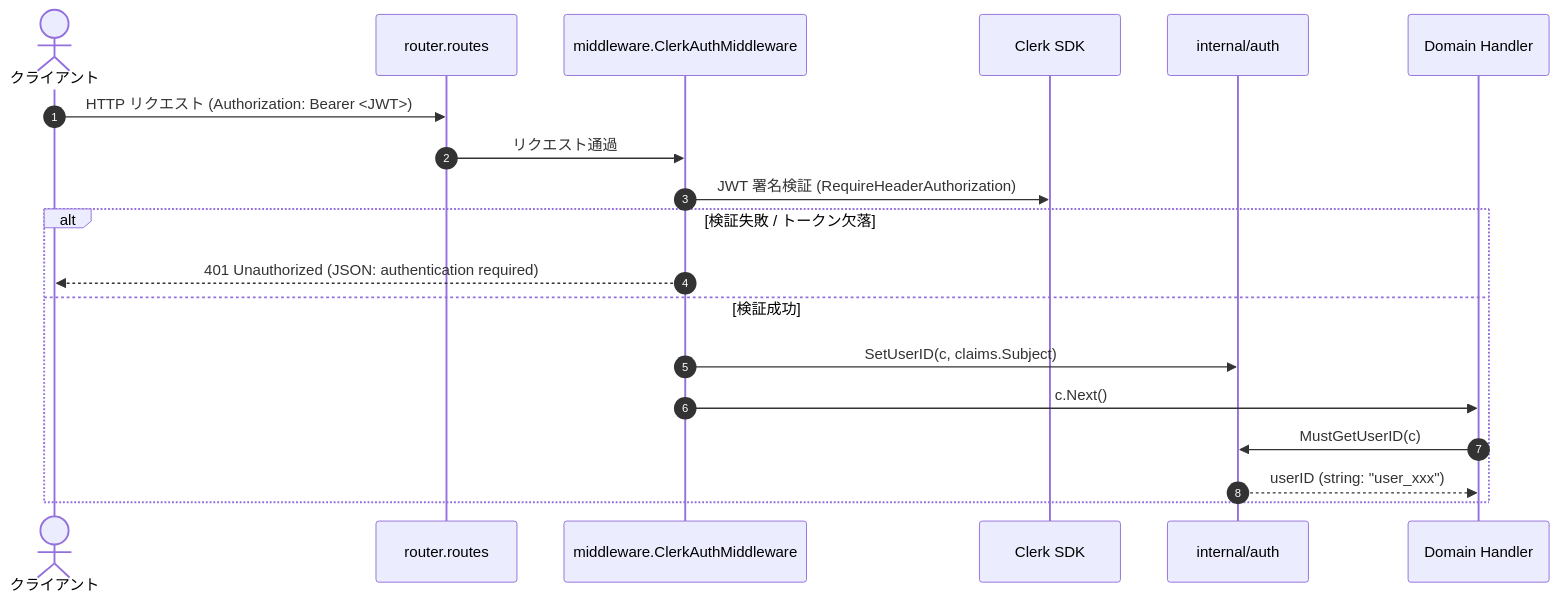
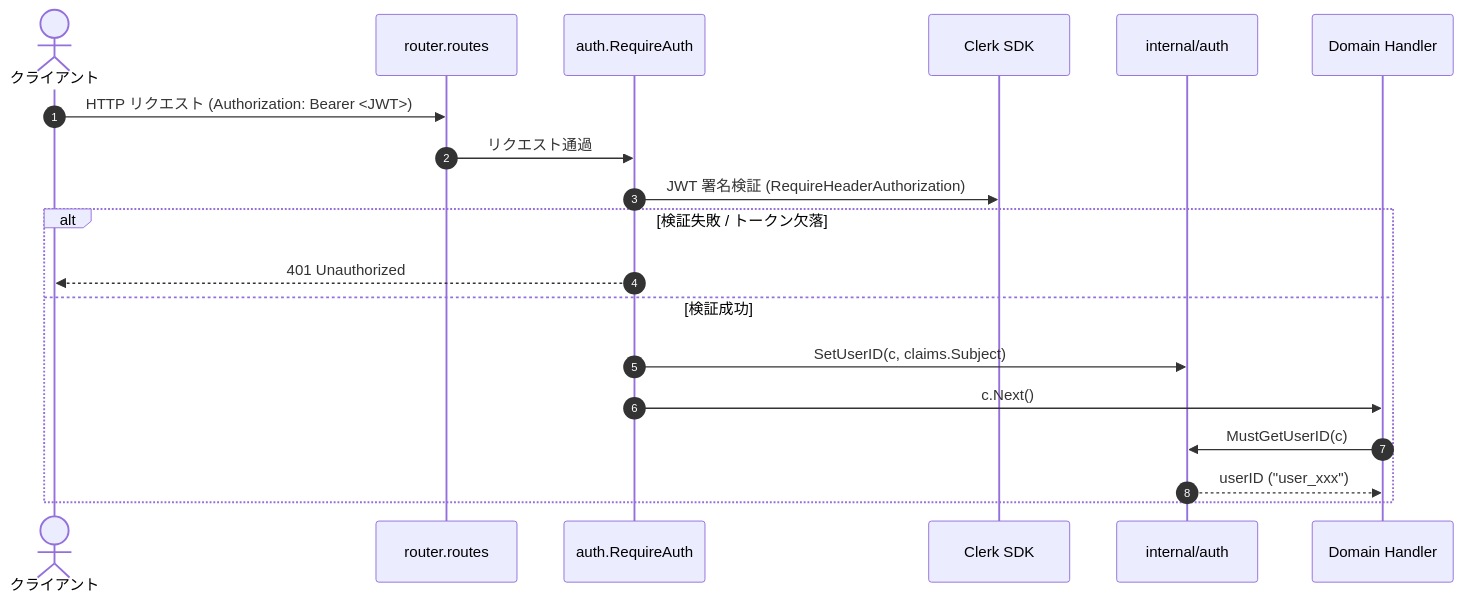
Before and after one commit to NAoMi-1242/study-gin-clerk: the second of 7 diagrams in ARCHITECTURE.md, drawn with Mermaid. The commit also changed other lines of this file and 32 other files, not shown here.

````diff
--- a/ARCHITECTURE.md
+++ b/ARCHITECTURE.md
@@ -384,22 +349,22 @@
 ```mermaid
 sequenceDiagram
     autonumber
     actor Client as クライアント
     participant Router as router.routes
-    participant MW as middleware.ClerkAuthMiddleware
+    participant MW as auth.RequireAuth
     participant Clerk as Clerk SDK
-    participant Auth as internal/auth
+    participant AuthCtx as internal/auth
     participant Handler as Domain Handler
 
     Client->>Router: HTTP リクエスト (Authorization: Bearer <JWT>)
     Router->>MW: リクエスト通過
     MW->>Clerk: JWT 署名検証 (RequireHeaderAuthorization)
     alt 検証失敗 / トークン欠落
-        MW-->>Client: 401 Unauthorized (JSON: authentication required)
+        MW-->>Client: 401 Unauthorized
     else 検証成功
-        MW->>Auth: SetUserID(c, claims.Subject)
+        MW->>AuthCtx: SetUserID(c, claims.Subject)
         MW->>Handler: c.Next()
-        Handler->>Auth: MustGetUserID(c)
-        Auth-->>Handler: userID (string: "user_xxx")
+        Handler->>AuthCtx: MustGetUserID(c)
+        AuthCtx-->>Handler: userID ("user_xxx")
     end
 ```
````
